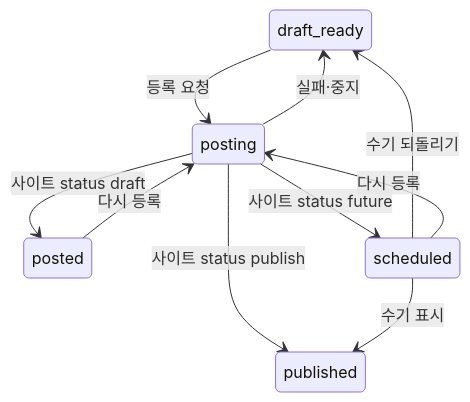
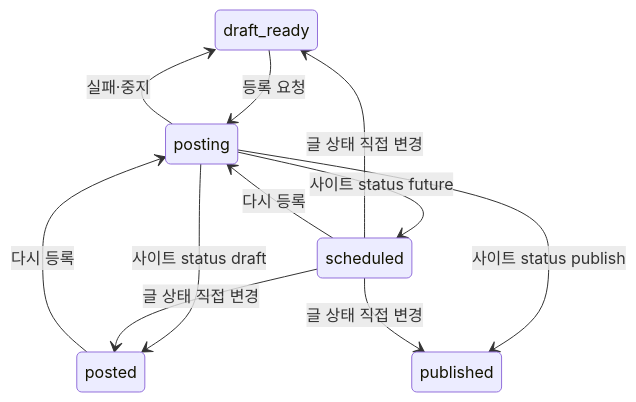
One commit to beekei-god/blog-writer changed the second of 2 diagrams in vault/wiki/publishing/flows/워드프레스 API 등록 플로우.md. Above: the diagram before and after it, drawn with Mermaid. The commit also changed other lines of this file and 124 other files, not shown here.

````diff
--- a/vault/wiki/publishing/flows/워드프레스 API 등록 플로우.md
+++ b/vault/wiki/publishing/flows/워드프레스 API 등록 플로우.md
@@ -62,12 +62,13 @@
 ```mermaid
 stateDiagram-v2
   draft_ready --> posting: 등록 요청
   posting --> posted: 사이트 status draft
   posting --> scheduled: 사이트 status future
   posting --> published: 사이트 status publish
   posting --> draft_ready: 실패·중지
-  scheduled --> published: 수기 표시
-  scheduled --> draft_ready: 수기 되돌리기
+  scheduled --> published: 글 상태 직접 변경
+  scheduled --> posted: 글 상태 직접 변경
+  scheduled --> draft_ready: 글 상태 직접 변경
   posted --> posting: 다시 등록
   scheduled --> posting: 다시 등록
 ```
````
